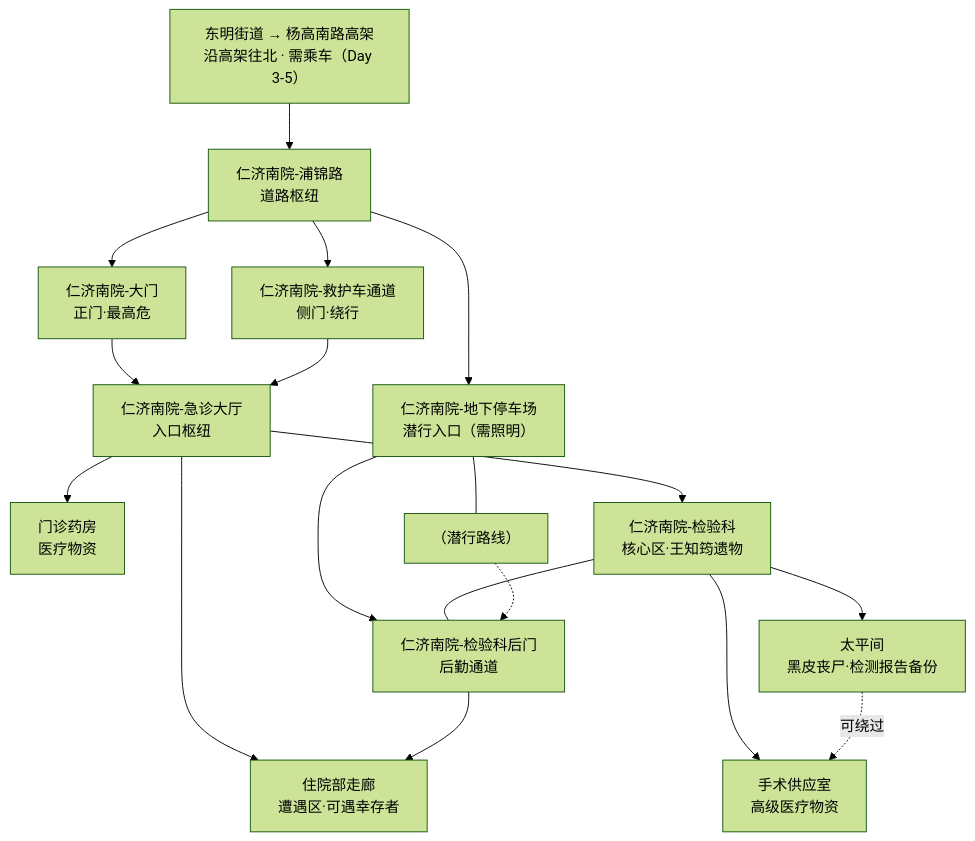
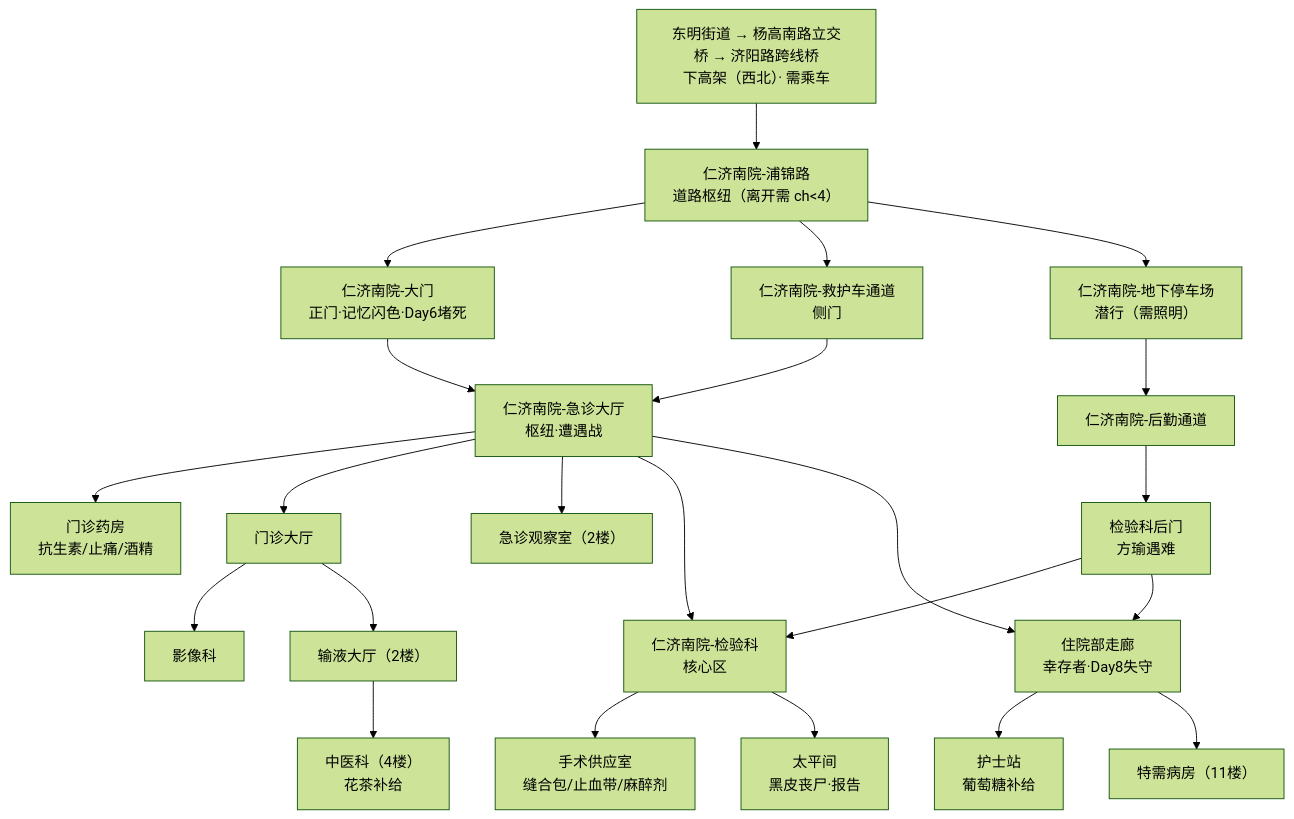
The diagram in 仁济南院设计稿.md (bobomymz/Plot-Game), drawn with Mermaid (forest theme) before and after one commit. The commit also changed other lines of this file and 9 other files, not shown here.

````diff
--- a/仁济南院设计稿.md
+++ b/仁济南院设计稿.md
@@ -95,25 +109,32 @@
 ```mermaid
 flowchart TD
-    START["东明街道 → 杨高南路高架<br/>沿高架往北 · 需乘车（Day 3-5）"] --> RIVER["仁济南院-浦锦路<br/>道路枢纽"]
+    START["东明街道 → 杨高南路立交桥 → 济阳路跨线桥<br/>下高架（西北）· 需乘车"] --> RIVER["仁济南院-浦锦路<br/>道路枢纽（离开需 ch<4）"]
 
-    RIVER --> MAIN["仁济南院-大门<br/>正门·最高危"]
-    RIVER --> AMB["仁济南院-救护车通道<br/>侧门·绕行"]
-    RIVER --> PARK["仁济南院-地下停车场<br/>潜行入口（需照明）"]
+    RIVER --> MAIN["仁济南院-大门<br/>正门·记忆闪色·Day6堵死"]
+    RIVER --> AMB["仁济南院-救护车通道<br/>侧门"]
+    RIVER --> PARK["仁济南院-地下停车场<br/>潜行（需照明）"]
 
-    MAIN --> ER["仁济南院-急诊大厅<br/>入口枢纽"]
+    MAIN --> ER["仁济南院-急诊大厅<br/>枢纽·遭遇战"]
     AMB --> ER
-    PARK --> BACK["仁济南院-检验科后门<br/>后勤通道"]
+    PARK --> CORRIDOR["仁济南院-后勤通道"]
 
-    ER --> PHARMACY["门诊药房<br/>医疗物资"]
-    ER --> WARD["住院部走廊<br/>遭遇区·可遇幸存者"]
-    ER --> LAB["仁济南院-检验科<br/>核心区·王知筠遗物"]
-    LAB --- BACK
-    LAB --> SUPPLY["手术供应室<br/>高级医疗物资"]
-    LAB --> MORGUE["太平间<br/>黑皮丧尸·检测报告备份"]
+    ER --> PHARMACY["门诊药房<br/>抗生素/止痛/酒精"]
+    ER --> HALL["门诊大厅"]
+    ER --> OBS["急诊观察室（2楼）"]
+    ER --> LAB["仁济南院-检验科<br/>核心区"]
+    ER --> WARD["住院部走廊<br/>幸存者·Day8失守"]
 
+    HALL --> RADIO["影像科"]
+    HALL --> INFUSION["输液大厅（2楼）"]
+    INFUSION --> TCM["中医科（4楼）<br/>花茶补给"]
+
+    WARD --> NURSE["护士站<br/>葡萄糖补给"]
+    WARD --> VIP["特需病房（11楼）"]
+
+    LAB --> SUPPLY["手术供应室<br/>缝合包/止血带/麻醉剂"]
+    LAB --> MORGUE["太平间<br/>黑皮丧尸·报告"]
+
+    CORRIDOR --> BACK["检验科后门<br/>方瑜遇难"]
+    BACK --> LAB
     BACK --> WARD
-    MORGUE -.可绕过.-> SUPPLY
-
-    DETOUR["（潜行路线）"] -.-> BACK
-    PARK --- DETOUR
 ```
````
